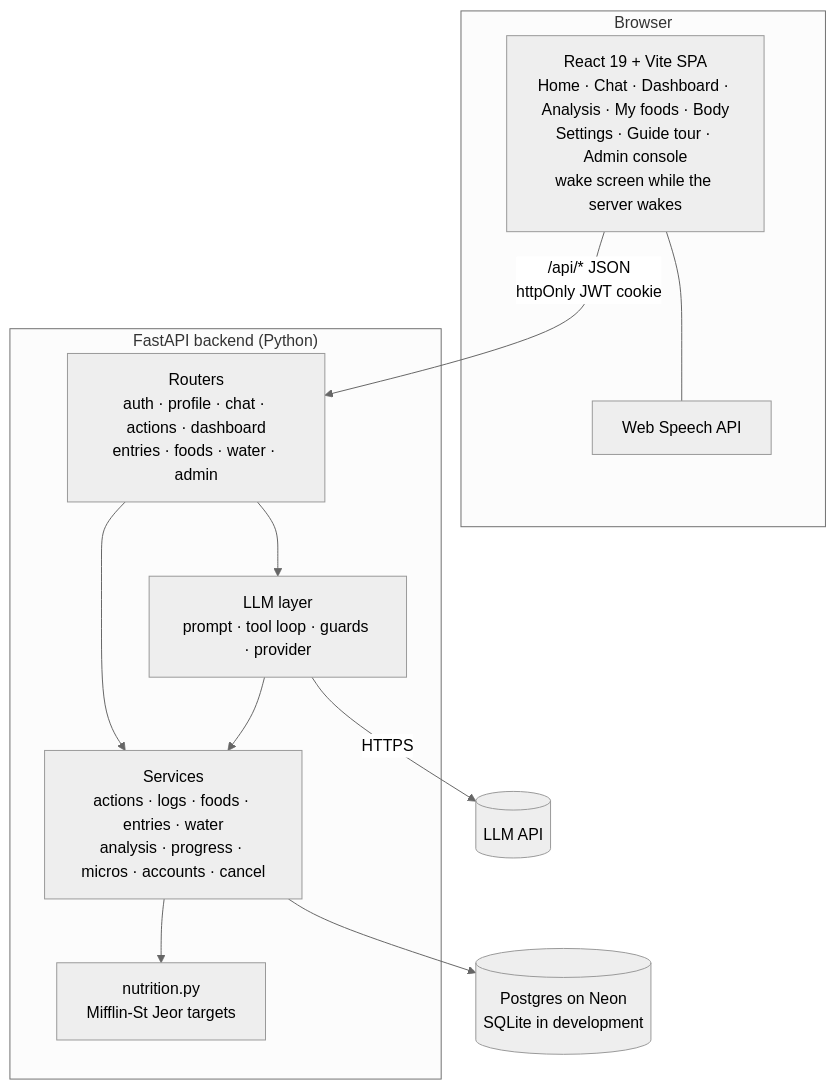
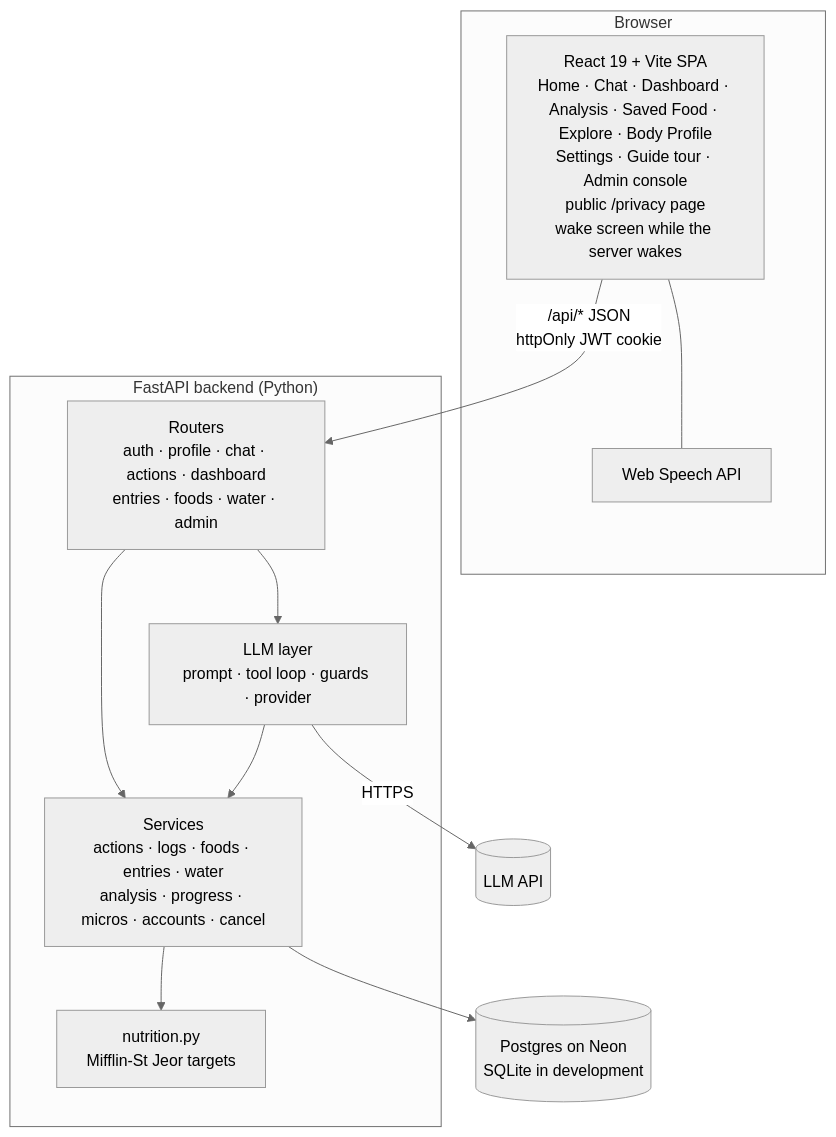
The second of 9 diagrams in docs/hld.md (NeoAnushka21/tracker_poc), drawn with Mermaid (neutral theme) before and after one commit. The commit also changed other lines of this file and 94 other files, not shown here.

````diff
--- a/docs/hld.md
+++ b/docs/hld.md
@@ -36,26 +38,26 @@
 ```mermaid
 flowchart TB
     subgraph Browser
-        SPA[React 19 + Vite SPA<br/>Home · Chat · Dashboard · Analysis · My foods · Body<br/>Settings · Guide tour · Admin console<br/>wake screen while the server wakes]
+        SPA[React 19 + Vite SPA<br/>Home · Chat · Dashboard · Analysis · Saved Food · Explore · Body Profile<br/>Settings · Guide tour · Admin console<br/>public /privacy page<br/>wake screen while the server wakes]
         STT[Web Speech API]
         SPA --- STT
     end
 
     subgraph Server["FastAPI backend (Python)"]
         R[Routers<br/>auth · profile · chat · actions · dashboard<br/>entries · foods · water · admin]
         L[LLM layer<br/>prompt · tool loop · guards · provider]
         S[Services<br/>actions · logs · foods · entries · water<br/>analysis · progress · micros · accounts · cancel]
         N[nutrition.py<br/>Mifflin-St Jeor targets]
         R --> L
         R --> S
         L --> S
         S --> N
     end
 
     DB[(Postgres on Neon<br/>SQLite in development)]
     LLM[(LLM API)]
 
     SPA -->|/api/* JSON<br/>httpOnly JWT cookie| R
     S --> DB
     L -->|HTTPS| LLM
 ```
````
